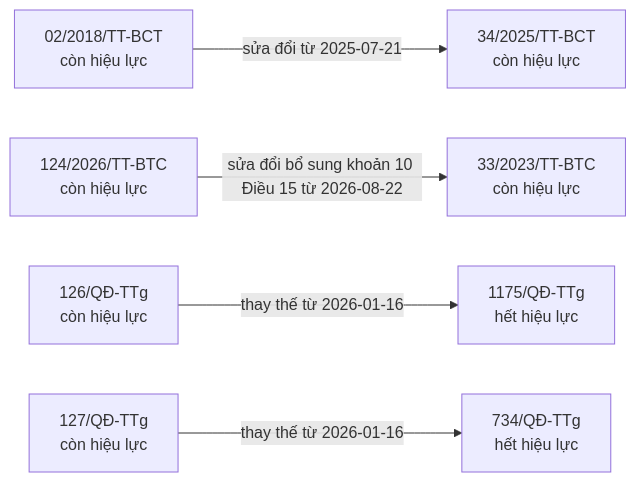
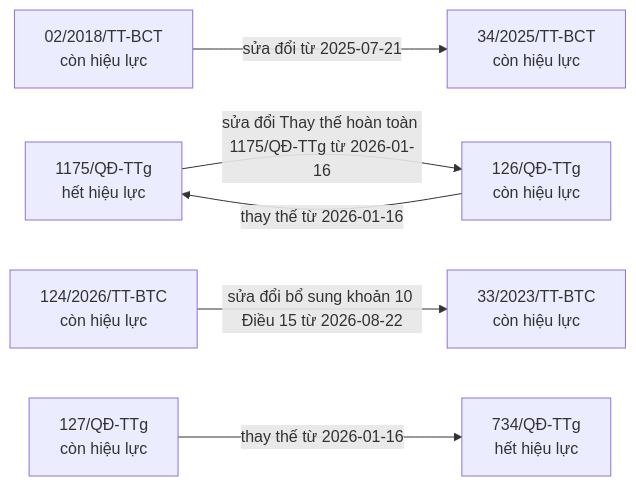
The ninth of 9 diagrams in bao-cao/quan-he.md (ozvietnam/oz-wiki-plhq), drawn with Mermaid before and after one commit. The commit also changed other lines of this file and 5 other files, not shown here.

````diff
--- a/bao-cao/quan-he.md
+++ b/bao-cao/quan-he.md
@@ -664,15 +653,16 @@
 ```mermaid
 flowchart LR
   n_02_2018_TT_BCT["02/2018/TT-BCT<br/>còn hiệu lực"]
   n_34_2025_TT_BCT["34/2025/TT-BCT<br/>còn hiệu lực"]
+  n_1175_Q__TTg["1175/QĐ-TTg<br/>hết hiệu lực"]
+  n_126_Q__TTg["126/QĐ-TTg<br/>còn hiệu lực"]
   n_124_2026_TT_BTC["124/2026/TT-BTC<br/>còn hiệu lực"]
   n_33_2023_TT_BTC["33/2023/TT-BTC<br/>còn hiệu lực"]
-  n_126_Q__TTg["126/QĐ-TTg<br/>còn hiệu lực"]
-  n_1175_Q__TTg["1175/QĐ-TTg<br/>hết hiệu lực"]
   n_127_Q__TTg["127/QĐ-TTg<br/>còn hiệu lực"]
   n_734_Q__TTg["734/QĐ-TTg<br/>hết hiệu lực"]
   n_02_2018_TT_BCT -->|sửa đổi từ 2025-07-21| n_34_2025_TT_BCT
+  n_1175_Q__TTg -->|sửa đổi Thay thế hoàn toàn 1175/QĐ-TTg từ 2026-01-16| n_126_Q__TTg
   n_124_2026_TT_BTC -->|sửa đổi bổ sung khoản 10 Điều 15 từ 2026-08-22| n_33_2023_TT_BTC
   n_126_Q__TTg -->|thay thế từ 2026-01-16| n_1175_Q__TTg
   n_127_Q__TTg -->|thay thế từ 2026-01-16| n_734_Q__TTg
 ```
````
